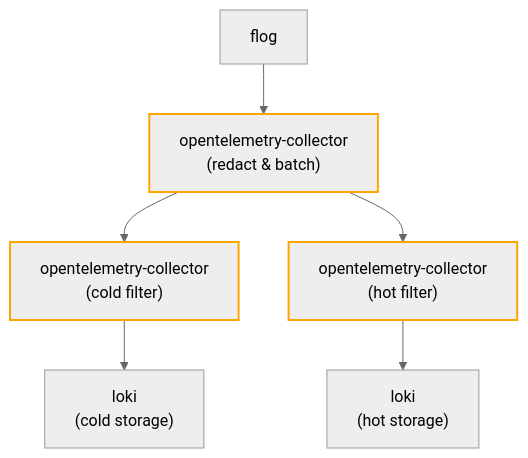
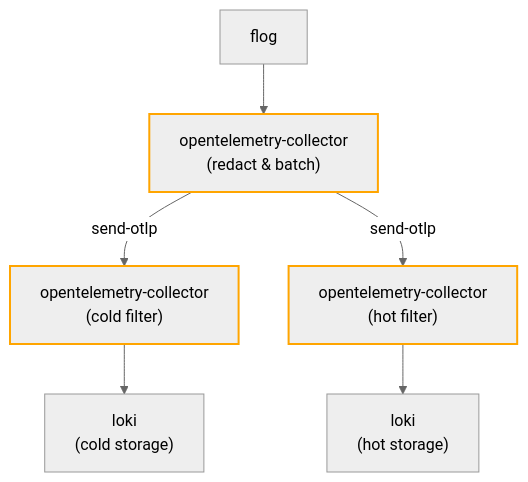
One commit to canonical/observability-stack changed the first of 2 diagrams in docs/how-to/tiered-otelcols.md. Above: the diagram before and after it, drawn with Mermaid (neutral theme). The commit also changed other lines of this file, not shown here.

Commit message:
fix: Tiering HowTo doc with OTLP endpoints

````diff
--- a/docs/how-to/tiered-otelcols.md
+++ b/docs/how-to/tiered-otelcols.md
@@ -14,15 +14,15 @@
 ```{mermaid}
 flowchart TB
 
 flog[flog] --> fan-out
 fan-out["opentelemetry-collector<br>(redact & batch)"]
-fan-out --> warn
-fan-out --> info
+fan-out --send-otlp--> warn
+fan-out --send-otlp--> info
 warn["opentelemetry-collector<br>(cold filter)"] --> loki-cold
 info["opentelemetry-collector<br>(hot filter)"] --> loki-hot
 loki-hot["loki<br>(hot storage)"]
 loki-cold["loki<br>(cold storage)"]
 
 class fan-out,warn,info thickStroke;
 classDef thickStroke stroke-width:2px, stroke:#FFA500;
 ```
````
